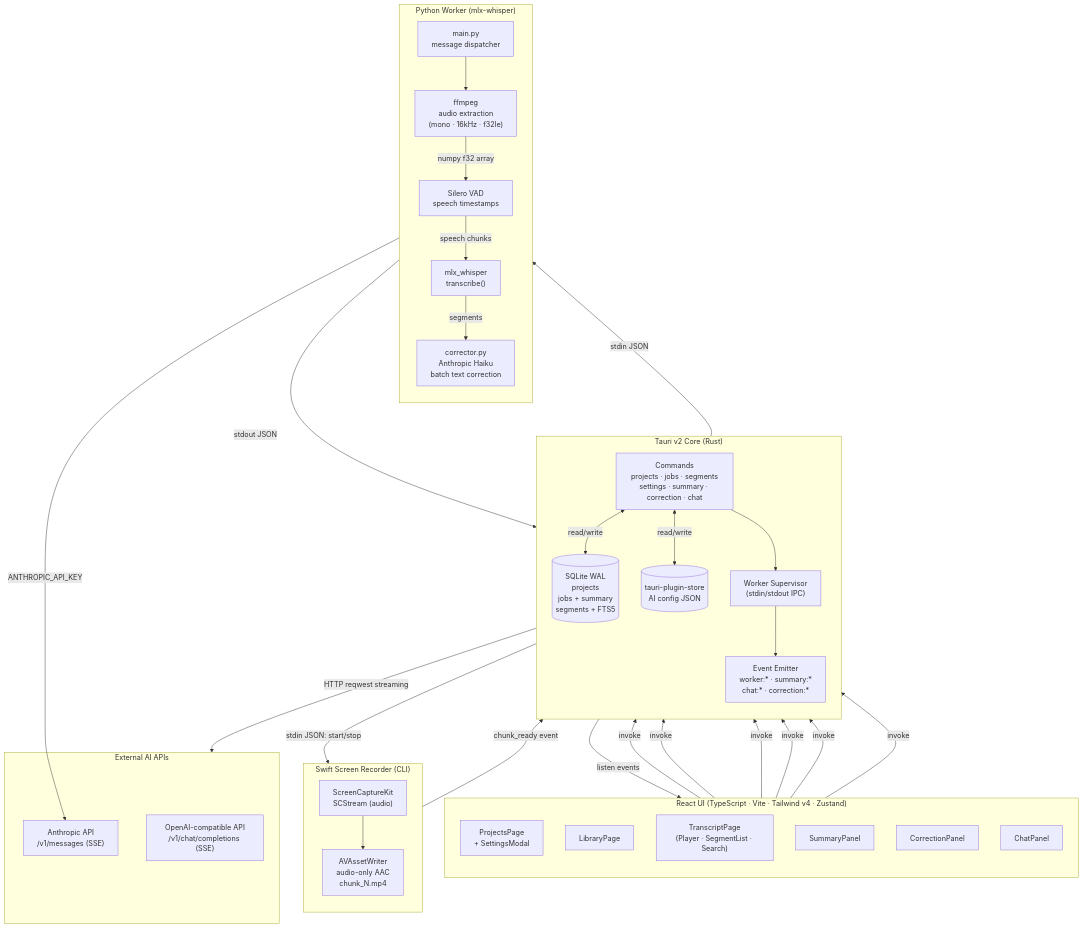
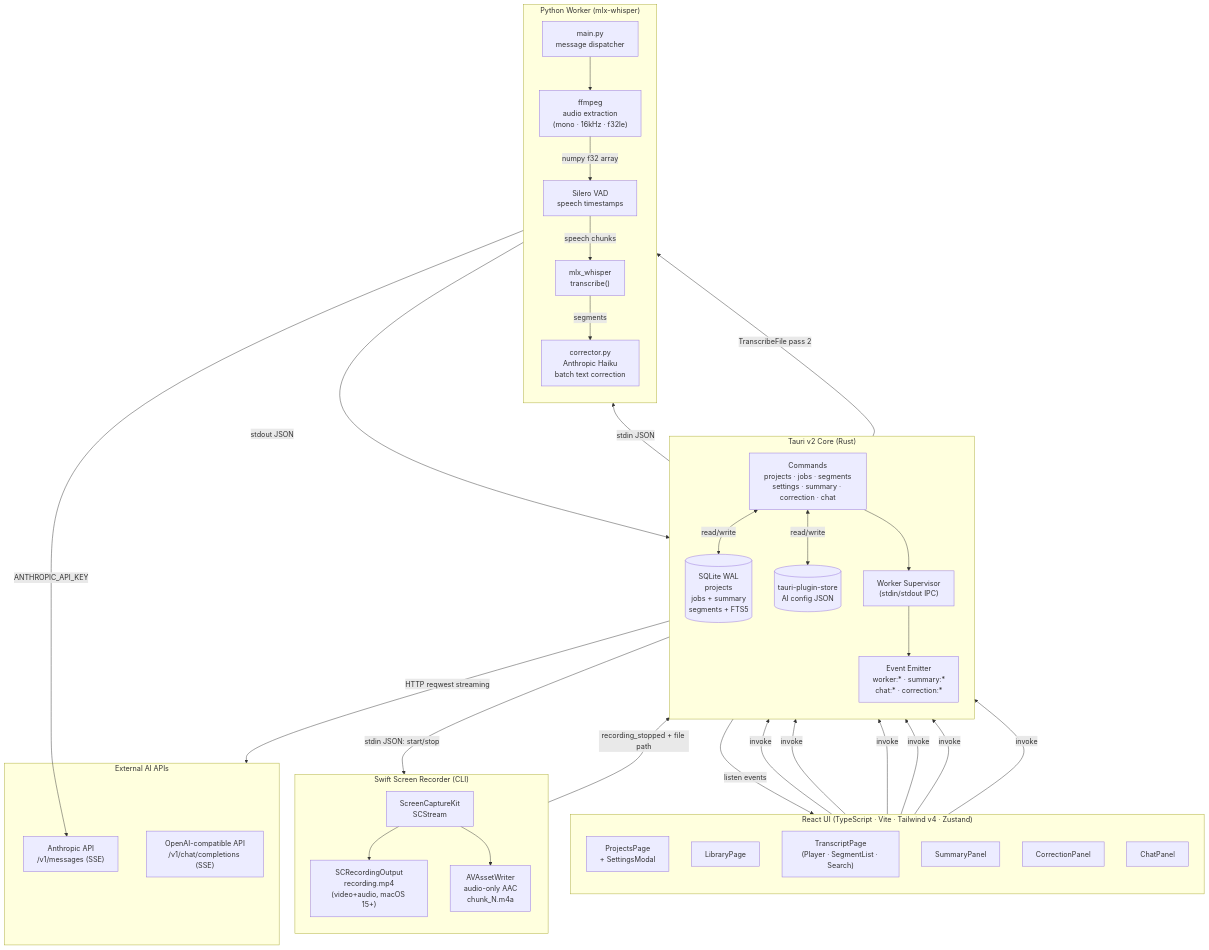
Before and after one commit to CHA-CHA-CHA-EP1/MTT: the first of 4 diagrams in README.md, drawn with Mermaid. The commit also changed other lines of this file and 24 other files, not shown here.

First line of the commit message:
feat: live recording with two-pass transcription

````diff
--- a/README.md
+++ b/README.md
@@ -45,68 +47,71 @@
 ```mermaid
 flowchart TD
     subgraph UI["React UI (TypeScript · Vite · Tailwind v4 · Zustand)"]
         direction TB
         PP["ProjectsPage\n+ SettingsModal"]
         LP["LibraryPage"]
         TP["TranscriptPage\n(Player · SegmentList · Search)"]
         SP["SummaryPanel"]
         CP["CorrectionPanel"]
         CH["ChatPanel"]
     end
 
     subgraph TAURI["Tauri v2 Core (Rust)"]
         direction TB
         CMD["Commands\nprojects · jobs · segments\nsettings · summary · correction · chat"]
         DB[("SQLite WAL\nprojects\njobs + summary\nsegments + FTS5")]
         STORE[("tauri-plugin-store\nAI config JSON")]
         WS["Worker Supervisor\n(stdin/stdout IPC)"]
         EV["Event Emitter\nworker:* · summary:*\nchat:* · correction:*"]
     end
 
     subgraph REC["Swift Screen Recorder (CLI)"]
         direction TB
-        SCK["ScreenCaptureKit\nSCStream (audio)"]
-        AW["AVAssetWriter\naudio-only AAC\nchunk_N.mp4"]
+        SCK["ScreenCaptureKit\nSCStream"]
+        SCRO["SCRecordingOutput\nrecording.mp4\n(video+audio, macOS 15+)"]
+        AW["AVAssetWriter\naudio-only AAC\nchunk_N.m4a"]
     end
 
     subgraph PY["Python Worker (mlx-whisper)"]
         direction TB
         MAIN["main.py\nmessage dispatcher"]
         VAD["Silero VAD\nspeech timestamps"]
         FF["ffmpeg\naudio extraction\n(mono · 16kHz · f32le)"]
         WH["mlx_whisper\ntranscribe()"]
         COR["corrector.py\nAnthropic Haiku\nbatch text correction"]
     end
 
     subgraph AI["External AI APIs"]
         ANT["Anthropic API\n/v1/messages (SSE)"]
         OAI["OpenAI-compatible API\n/v1/chat/completions (SSE)"]
     end
 
     PP -->|invoke| CMD
     LP -->|invoke| CMD
     TP -->|invoke| CMD
     SP -->|invoke| CMD
     CP -->|invoke| CMD
     CH -->|invoke| CMD
 
     CMD <-->|read/write| DB
     CMD <-->|read/write| STORE
     CMD --> WS
     CMD -->|HTTP reqwest streaming| AI
     EV -->|listen events| UI
 
     WS -->|stdin JSON| MAIN
     MAIN -->|stdout JSON| WS
     WS --> EV
 
     WS -->|stdin JSON: start/stop| SCK
+    SCK --> SCRO
     SCK --> AW
-    AW -->|chunk_ready event| WS
+    SCRO -->|recording_stopped + file path| WS
+    WS -->|TranscribeFile pass 2| MAIN
 
     MAIN --> FF
     FF -->|numpy f32 array| VAD
     VAD -->|speech chunks| WH
     WH -->|segments| COR
     COR -->|ANTHROPIC_API_KEY| ANT
 ```
````
